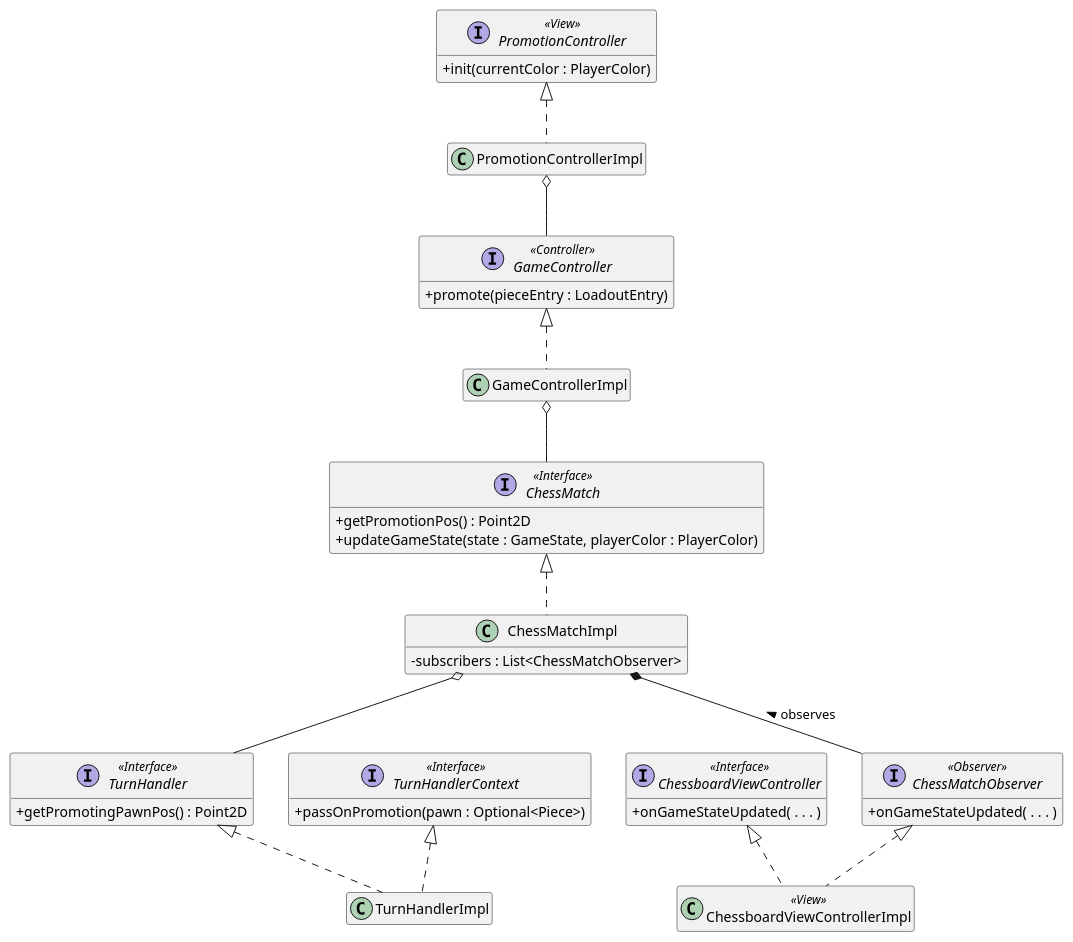
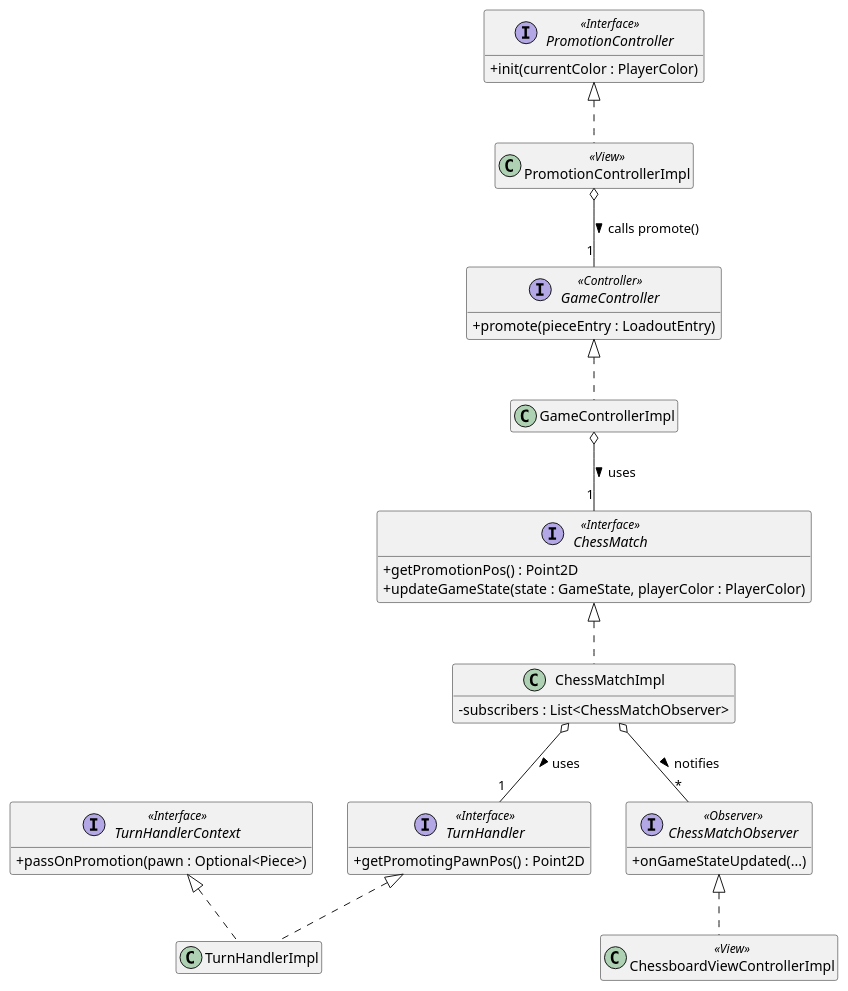
Before and after one commit to Turbo-Chess/Turbo-Chess: the diagram in docs/Promotion.puml, drawn with PlantUML.

Commit message:
Changes to UML

```diff
--- a/docs/Promotion.puml
+++ b/docs/Promotion.puml
@@ -1,60 +1,60 @@
 @startuml TurnHandler
 
 skinparam classAttributeIconSize 0
 hide empty fields
-hide empty method
+hide empty methods
 
+' --- Core responsibilities (keep) ---
 interface TurnHandler <<Interface>> {
-    +getPromotingPawnPos() : Point2D
+  + getPromotingPawnPos() : Point2D
 }
 
 interface TurnHandlerContext <<Interface>> {
-    +passOnPromotion(pawn : Optional<Piece>)
+  + passOnPromotion(pawn : Optional<Piece>)
+}
+
+interface ChessMatch <<Interface>> {
+  + getPromotionPos() : Point2D
+  + updateGameState(state : GameState, playerColor : PlayerColor)
+}
+
+interface ChessMatchObserver <<Observer>> {
+  + onGameStateUpdated(...)
+}
+
+interface GameController <<Controller>> {
+  + promote(pieceEntry : LoadoutEntry)
+}
+
+interface PromotionController <<Interface>> {
+  + init(currentColor : PlayerColor)
+}
+
+' --- Key concrete classes (keep only the meaningful ones) ---
+class ChessMatchImpl {
+  - subscribers : List<ChessMatchObserver>
 }
 
 class TurnHandlerImpl
 
-interface ChessMatch <<Interface>> {
-    +getPromotionPos() : Point2D
-    +updateGameState(state : GameState, playerColor : PlayerColor)
-}
-
-interface ChessMatchObserver <<Observer>> {
-    +onGameStateUpdated( . . . )
-}
-
-class ChessMatchImpl {
-    -subscribers : List<ChessMatchObserver>
-}
-
-interface GameController <<Controller>> {
-    +promote(pieceEntry : LoadoutEntry)
-}
-
-class GameControllerImpl 
-
-interface ChessboardViewController <<Interface>> {
-    +onGameStateUpdated( . . . )
-}
+class GameControllerImpl
 
 class ChessboardViewControllerImpl <<View>>
 
+class PromotionControllerImpl <<View>>
 
-interface PromotionController <<View>> {
-    +init(currentColor : PlayerColor)
-}
-
-class PromotionControllerImpl
-
+' --- Realizations ---
 PromotionController <|.. PromotionControllerImpl
-PromotionControllerImpl o-- GameController
-ChessMatchObserver <|.. ChessboardViewControllerImpl
-ChessboardViewController <|.. ChessboardViewControllerImpl
-ChessMatchImpl *-- ChessMatchObserver : observes <
-GameController <|.. GameControllerImpl
-GameControllerImpl o-- ChessMatch
 ChessMatch <|.. ChessMatchImpl
-ChessMatchImpl o-- TurnHandler
 TurnHandler <|.. TurnHandlerImpl
 TurnHandlerContext <|.. TurnHandlerImpl
+GameController <|.. GameControllerImpl
+ChessMatchObserver <|.. ChessboardViewControllerImpl
+
+' --- Associations (simplified and corrected) ---
+ChessMatchImpl o-- "1" TurnHandler : uses >
+ChessMatchImpl o-- "*" ChessMatchObserver : notifies >
+GameControllerImpl o-- "1" ChessMatch : uses >
+PromotionControllerImpl o-- "1" GameController : calls promote() >
+
 @enduml
```
